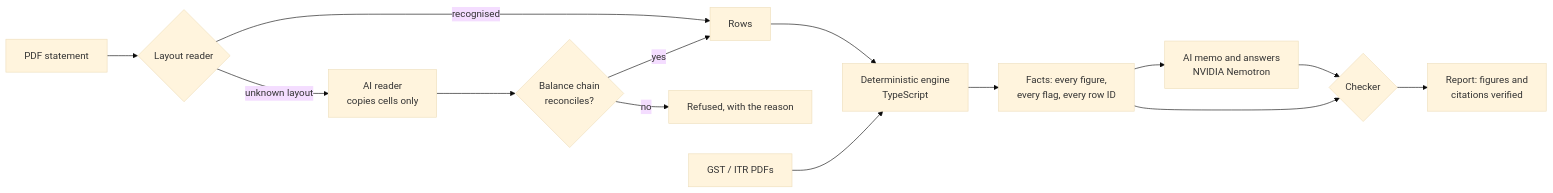
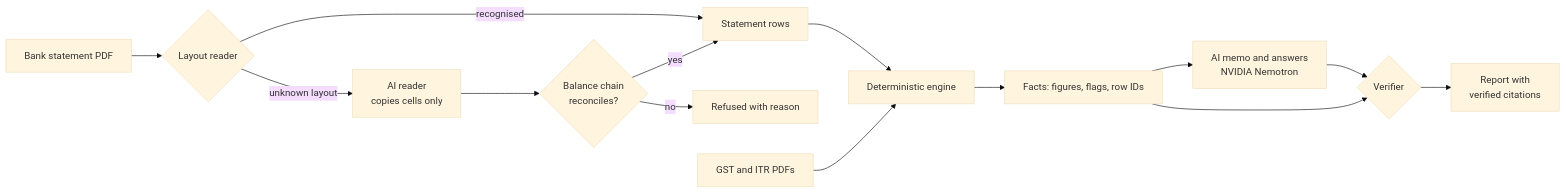
One commit to mithileshofficial06/kanaku changed the diagram in README.md. Above: the diagram before and after it, drawn with Mermaid (base theme). The commit also changed other lines of this file and 9 other files, not shown here.

````diff
--- a/README.md
+++ b/README.md
@@ -71,16 +111,16 @@
 ```mermaid
 flowchart LR
-  A[PDF statement] --> B{Layout reader}
-  B -- recognised --> D[Rows]
+  A[Bank statement PDF] --> B{Layout reader}
+  B -- recognised --> D[Statement rows]
   B -- unknown layout --> C[AI reader<br/>copies cells only]
   C --> V{Balance chain<br/>reconciles?}
-  V -- no --> X[Refused, with the reason]
+  V -- no --> X[Refused with reason]
   V -- yes --> D
-  D --> E[Deterministic engine<br/>TypeScript]
-  G[GST / ITR PDFs] --> E
-  E --> F[Facts: every figure,<br/>every flag, every row ID]
+  D --> E[Deterministic engine]
+  G[GST and ITR PDFs] --> E
+  E --> F[Facts: figures, flags, row IDs]
   F --> M[AI memo and answers<br/>NVIDIA Nemotron]
-  M --> K{Checker}
+  M --> K{Verifier}
   F --> K
-  K --> R[Report: figures and<br/>citations verified]
+  K --> R[Report with<br/>verified citations]
 ```
````
